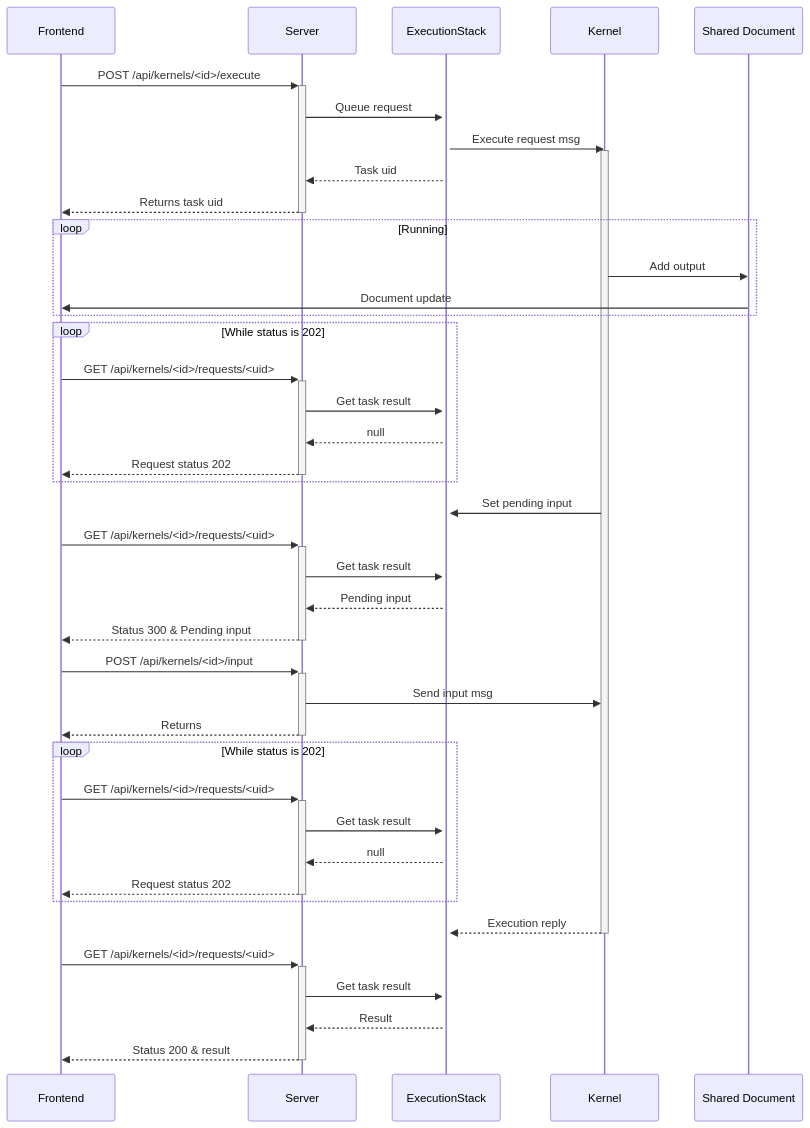
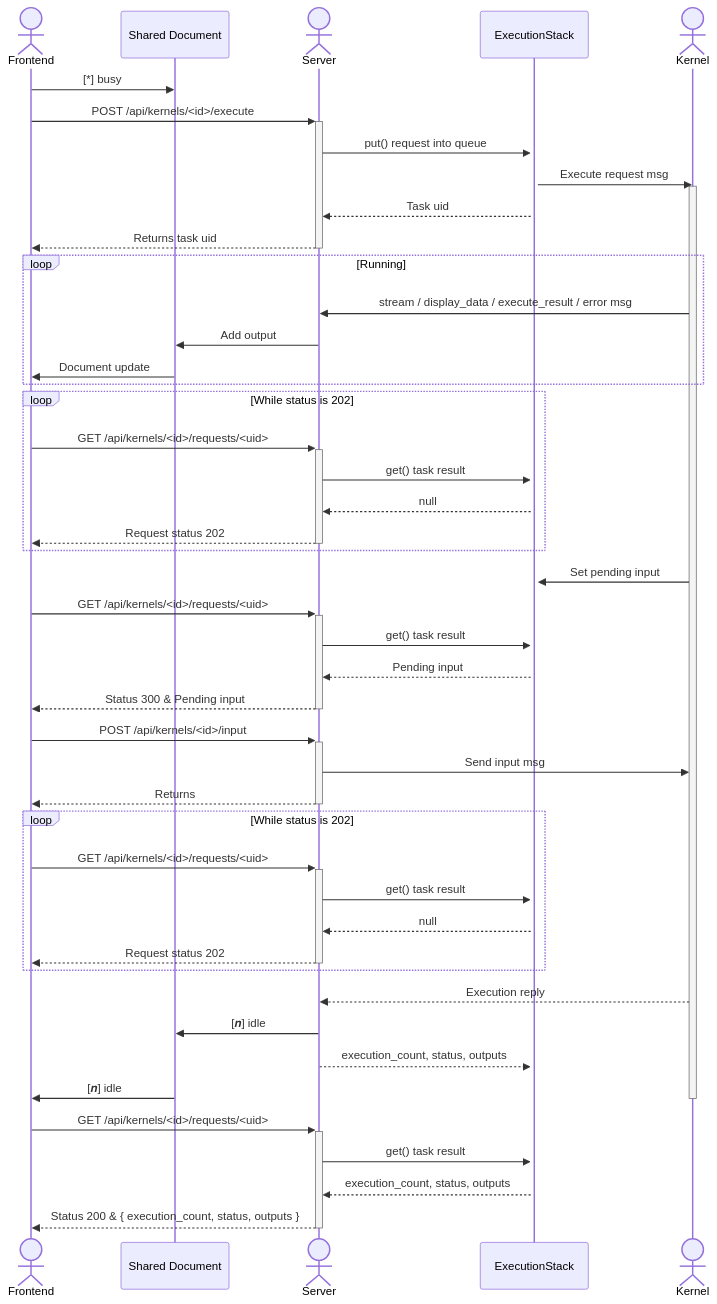
Before and after one commit to datalayer/jupyter-server-nbmodel: the second of 2 diagrams in README.md, drawn with Mermaid. The commit also changed other lines of this file, not shown here.

Commit message:
Diagram fix: Kernel doesn't update Y doc, Server does (#41)
* Diagram fix: Kernel doesn't update Y doc, Server does

- also moved Shared document left between Frontend and Server
- using `actor` stick figure shapes for actual separate processes

* Diagram: `put()` & `get()` wording for local calls to ExecutionStack

* Diagram: show how doc transitions to [*] busy then [𝒏] idle state

````diff
--- a/README.md
+++ b/README.md
@@ -105,39 +111,45 @@
 ```mermaid
 sequenceDiagram
+    actor Frontend; participant Shared Document; actor Server; participant ExecutionStack; actor Kernel
+    Frontend->>Shared Document: [*] busy
     Frontend->>+Server: POST /api/kernels/<id>/execute
-    Server->>+ExecutionStack: Queue request
+    Server->>+ExecutionStack: put() request into queue
     ExecutionStack->>Kernel: Execute request msg
     activate Kernel
     ExecutionStack-->>Server: Task uid
     Server-->>-Frontend: Returns task uid
     loop Running
-        Kernel->>Shared Document: Add output
+        Kernel->>Server: stream / display_data / execute_result / error msg
+        Server->>Shared Document: Add output
         Shared Document->>Frontend: Document update
     end
     loop While status is 202
         Frontend->>+Server: GET /api/kernels/<id>/requests/<uid>
-        Server->>ExecutionStack: Get task result
+        Server->>ExecutionStack: get() task result
         ExecutionStack-->>Server: null
         Server-->>-Frontend: Request status 202
     end
     Kernel->>ExecutionStack: Set pending input
     Frontend->>+Server: GET /api/kernels/<id>/requests/<uid>
-    Server->>ExecutionStack: Get task result
+    Server->>ExecutionStack: get() task result
     ExecutionStack-->>Server: Pending input
     Server-->>-Frontend: Status 300 & Pending input
     Frontend->>+Server: POST /api/kernels/<id>/input
     Server->>Kernel: Send input msg
     Server-->>-Frontend: Returns
     loop While status is 202
         Frontend->>+Server: GET /api/kernels/<id>/requests/<uid>
-        Server->>ExecutionStack: Get task result
+        Server->>ExecutionStack: get() task result
         ExecutionStack-->>Server: null
         Server-->>-Frontend: Request status 202
     end
-    Kernel-->>ExecutionStack: Execution reply
+    Kernel-->>Server: Execution reply
+    Server->>Shared Document: [𝒏] idle
+    Server-->>ExecutionStack: execution_count, status, outputs
+    Shared Document->>Frontend: [𝒏] idle
     deactivate Kernel
     Frontend->>+Server: GET /api/kernels/<id>/requests/<uid>
-    Server->>ExecutionStack: Get task result
-    ExecutionStack-->>Server: Result
-    Server-->>-Frontend: Status 200 & result
+    Server->>ExecutionStack: get() task result
+    ExecutionStack-->>Server: execution_count, status, outputs
+    Server-->>-Frontend: Status 200 & { execution_count, status, outputs }
 ```
````
